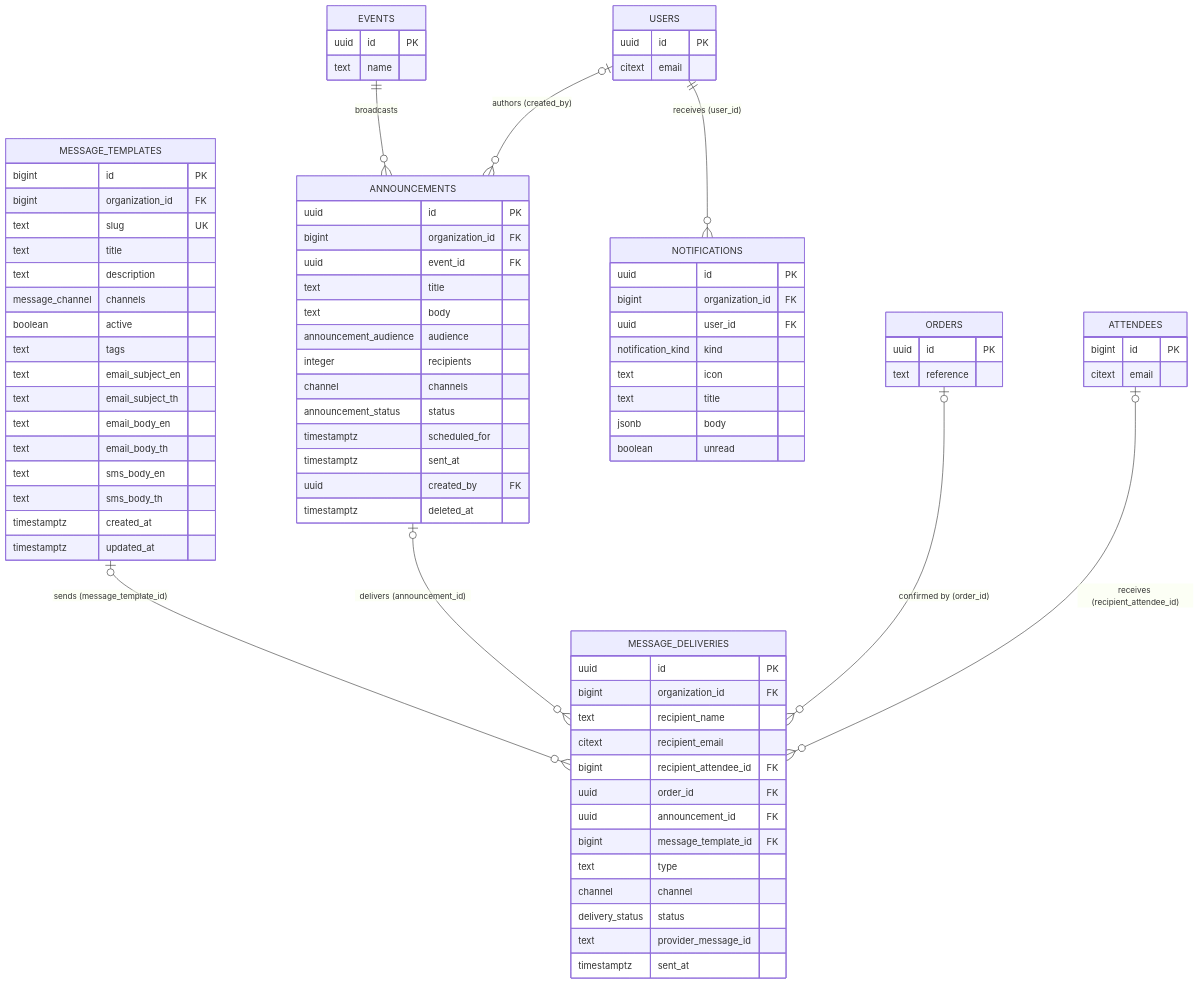
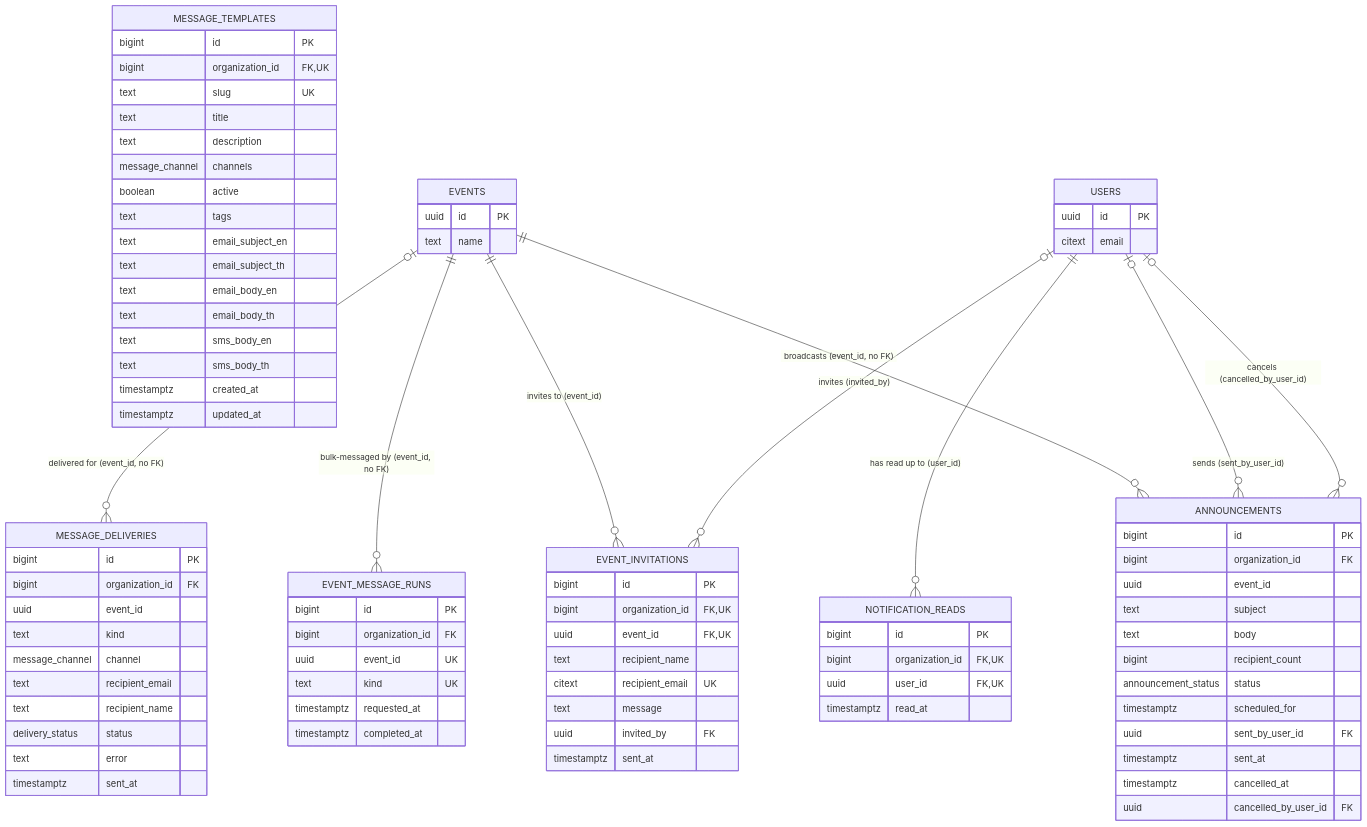
One commit to kaungkhantdev/eventa-docs changed the ninth of 13 diagrams in 04-architecture/erd.md. Above: the diagram before and after it, drawn with Mermaid. The commit also changed other lines of this file and 9 other files, not shown here.

First line of the commit message:
docs(erd): saved_events is the seventh junction; payment_settings is 1:1

````diff
--- a/04-architecture/erd.md
+++ b/04-architecture/erd.md
@@ -1379,7 +1543,7 @@
 erDiagram
     MESSAGE_TEMPLATES {
         bigint id PK
-        bigint organization_id FK
+        bigint organization_id FK,UK
         text slug UK
         text title
         text description
@@ -1396,44 +1560,54 @@
         timestamptz updated_at
     }
     ANNOUNCEMENTS {
-        uuid id PK
+        bigint id PK
         bigint organization_id FK
-        uuid event_id FK
-        text title
+        uuid event_id
+        text subject
         text body
-        announcement_audience audience
-        integer recipients
-        channel channels
+        bigint recipient_count
         announcement_status status
         timestamptz scheduled_for
+        uuid sent_by_user_id FK
         timestamptz sent_at
-        uuid created_by FK
-        timestamptz deleted_at
+        timestamptz cancelled_at
+        uuid cancelled_by_user_id FK
+    }
+    EVENT_INVITATIONS {
+        bigint id PK
+        bigint organization_id FK,UK
+        uuid event_id FK,UK
+        text recipient_name
+        citext recipient_email UK
+        text message
+        uuid invited_by FK
+        timestamptz sent_at
+    }
+    EVENT_MESSAGE_RUNS {
+        bigint id PK
+        bigint organization_id FK
+        uuid event_id UK
+        text kind UK
+        timestamptz requested_at
+        timestamptz completed_at
     }
     MESSAGE_DELIVERIES {
-        uuid id PK
+        bigint id PK
         bigint organization_id FK
+        uuid event_id
+        text kind
+        message_channel channel
+        text recipient_email
         text recipient_name
-        citext recipient_email
-        bigint recipient_attendee_id FK
-        uuid order_id FK
-        uuid announcement_id FK
-        bigint message_template_id FK
-        text type
-        channel channel
         delivery_status status
-        text provider_message_id
+        text error
         timestamptz sent_at
     }
-    NOTIFICATIONS {
-        uuid id PK
-        bigint organization_id FK
-        uuid user_id FK
-        notification_kind kind
-        text icon
-        text title
-        jsonb body
-        boolean unread
+    NOTIFICATION_READS {
+        bigint id PK
+        bigint organization_id FK,UK
+        uuid user_id FK,UK
+        timestamptz read_at
     }
     EVENTS {
         uuid id PK
@@ -1443,20 +1617,13 @@
         uuid id PK
         citext email
     }
-    ORDERS {
-        uuid id PK
-        text reference
-    }
-    ATTENDEES {
-        bigint id PK
-        citext email
-    }
 
-    EVENTS ||--o{ ANNOUNCEMENTS : "broadcasts"
-    USERS |o--o{ ANNOUNCEMENTS : "authors (created_by)"
-    MESSAGE_TEMPLATES |o--o{ MESSAGE_DELIVERIES : "sends (message_template_id)"
-    ANNOUNCEMENTS |o--o{ MESSAGE_DELIVERIES : "delivers (announcement_id)"
-    ORDERS |o--o{ MESSAGE_DELIVERIES : "confirmed by (order_id)"
-    ATTENDEES |o--o{ MESSAGE_DELIVERIES : "receives (recipient_attendee_id)"
-    USERS ||--o{ NOTIFICATIONS : "receives (user_id)"
+    EVENTS ||--o{ ANNOUNCEMENTS : "broadcasts (event_id, no FK)"
+    USERS |o--o{ ANNOUNCEMENTS : "sends (sent_by_user_id)"
+    USERS |o--o{ ANNOUNCEMENTS : "cancels (cancelled_by_user_id)"
+    EVENTS ||--o{ EVENT_INVITATIONS : "invites to (event_id)"
+    USERS |o--o{ EVENT_INVITATIONS : "invites (invited_by)"
+    EVENTS ||--o{ EVENT_MESSAGE_RUNS : "bulk-messaged by (event_id, no FK)"
+    EVENTS |o--o{ MESSAGE_DELIVERIES : "delivered for (event_id, no FK)"
+    USERS ||--o{ NOTIFICATION_READS : "has read up to (user_id)"
 ```
````
